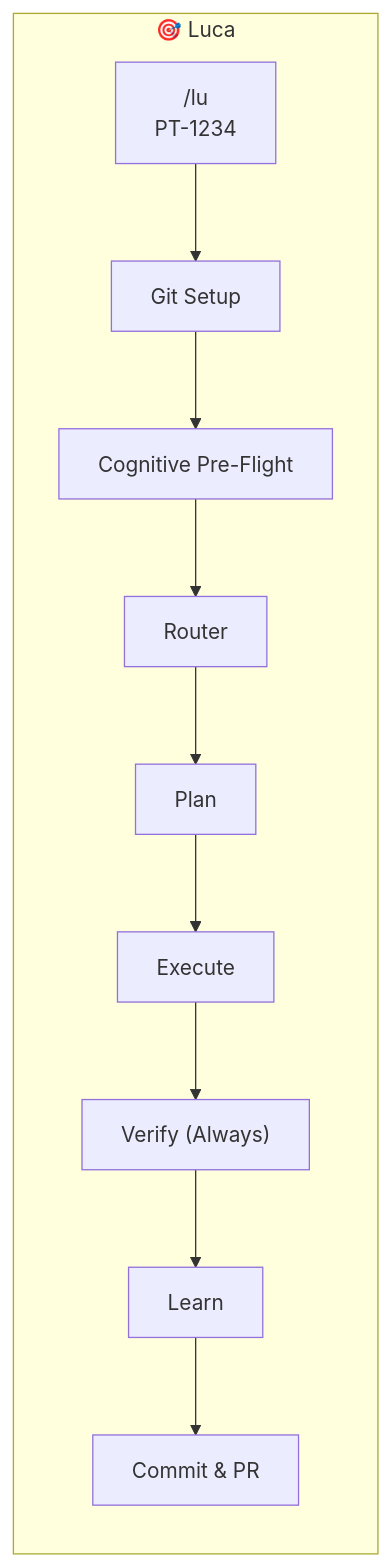
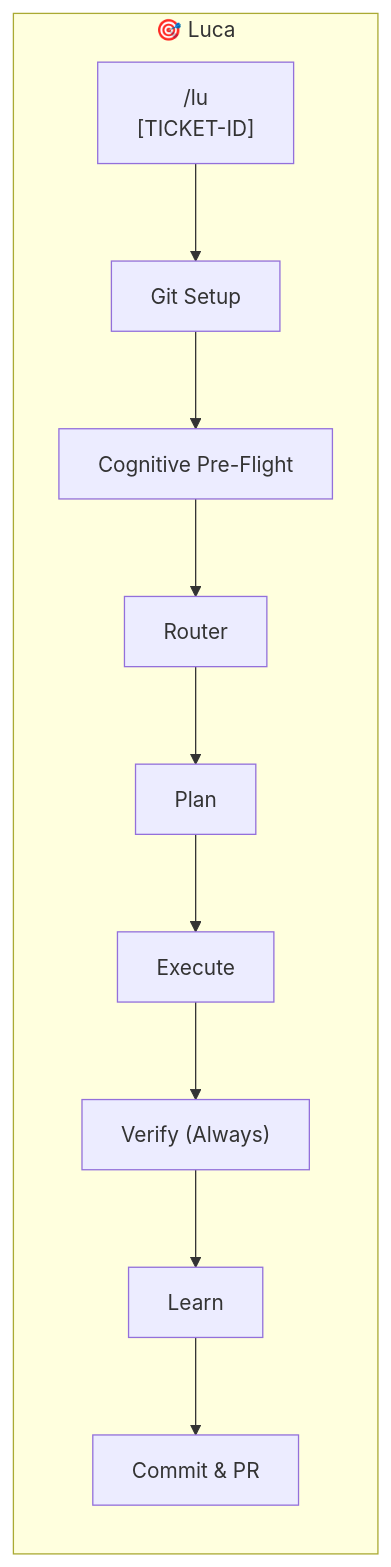
One commit to asibilia/luca-framework changed the diagram in docs/agent-framework/README.md. Above: the diagram before and after it, drawn with Mermaid. The commit also changed other lines of this file and 205 other files, not shown here.

````diff
--- a/docs/agent-framework/README.md
+++ b/docs/agent-framework/README.md
@@ -37,13 +37,13 @@
 ```mermaid
 flowchart LR
     subgraph PercentOrigin["🎯 Luca"]
-        PO["/lu<br/>PT-1234"] --> GIT["Git Setup"]
+        PO["/lu<br/>[TICKET-ID]"] --> GIT["Git Setup"]
         GIT --> COG["Cognitive Pre-Flight"]
         COG --> ROUTE["Router"]
         ROUTE --> PLAN["Plan"]
         PLAN --> EXEC["Execute"]
         EXEC --> VERIFY["Verify (Always)"]
         VERIFY --> LEARN["Learn"]
         LEARN --> PR["Commit & PR"]
     end
 ```
````
